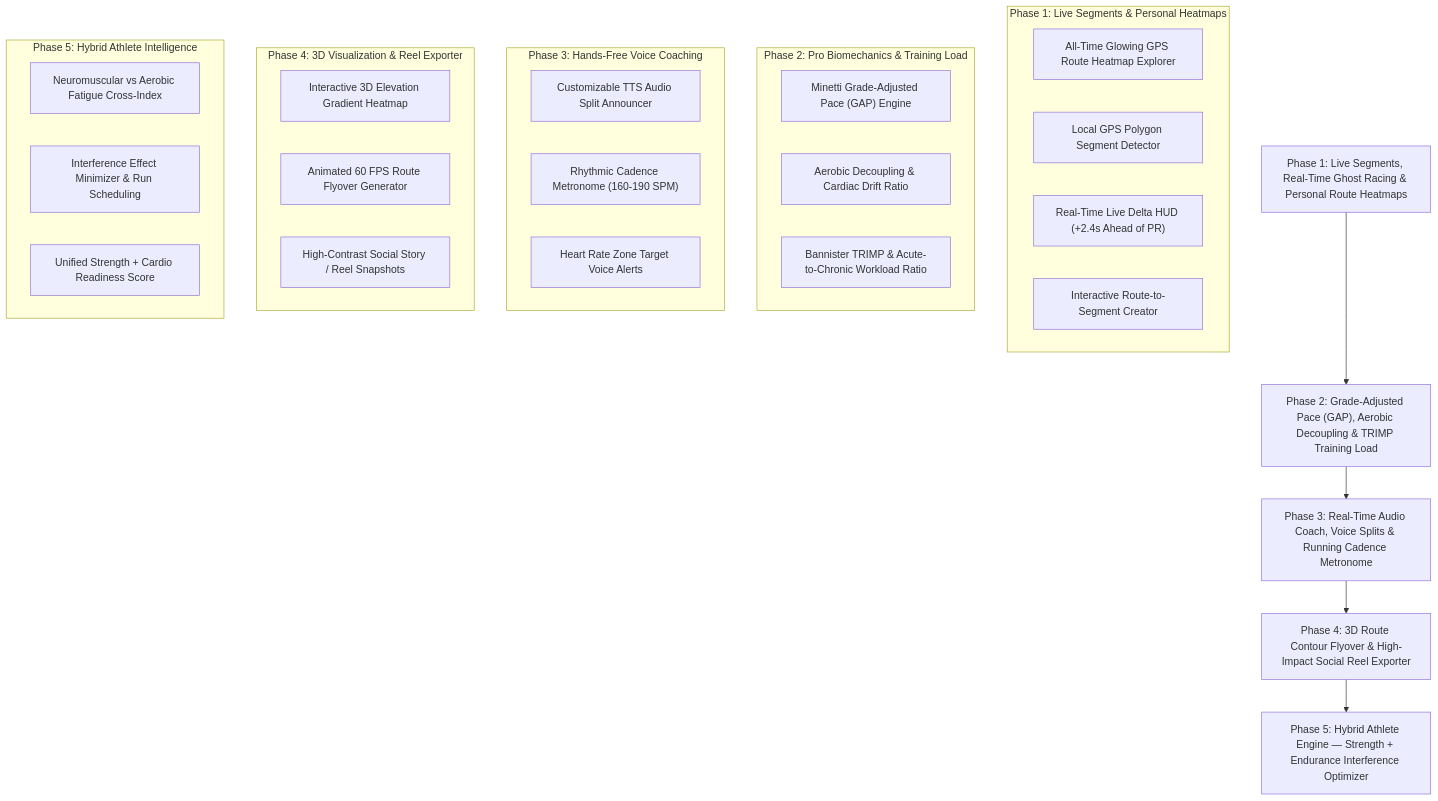
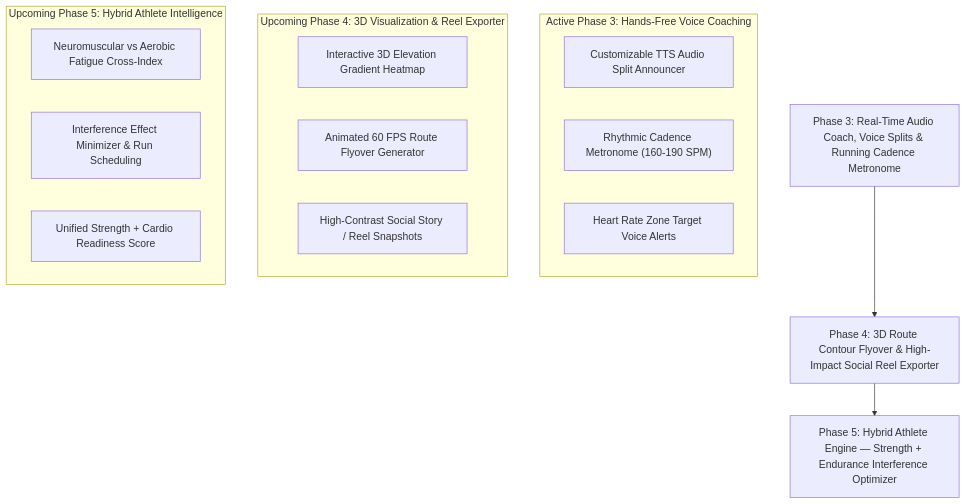
The diagram in frontend-thews/ROADMAP.md (im-arshpandher/Thews-Gym-tracker), drawn with Mermaid before and after one commit. The commit also changed other lines of this file and 29 other files, not shown here.

Commit message:
feat: implement challenge system, loop route generation, and real-time running metrics engine

````diff
--- a/frontend-thews/ROADMAP.md
+++ b/frontend-thews/ROADMAP.md
@@ -7,44 +7,27 @@
 ```mermaid
 graph TD
-    P1["Phase 1: Live Segments, Real-Time Ghost Racing & Personal Route Heatmaps"]
-    P2["Phase 2: Grade-Adjusted Pace (GAP), Aerobic Decoupling & TRIMP Training Load"]
     P3["Phase 3: Real-Time Audio Coach, Voice Splits & Running Cadence Metronome"]
     P4["Phase 4: 3D Route Contour Flyover & High-Impact Social Reel Exporter"]
     P5["Phase 5: Hybrid Athlete Engine — Strength + Endurance Interference Optimizer"]
 
-    P1 --> P2
-    P2 --> P3
     P3 --> P4
     P4 --> P5
 
-    subgraph Phase 1: Live Segments & Personal Heatmaps
-        P1_1["All-Time Glowing GPS Route Heatmap Explorer"]
-        P1_2["Local GPS Polygon Segment Detector"]
-        P1_3["Real-Time Live Delta HUD (+2.4s Ahead of PR)"]
-        P1_4["Interactive Route-to-Segment Creator"]
-    end
-
-    subgraph Phase 2: Pro Biomechanics & Training Load
-        P2_1["Minetti Grade-Adjusted Pace (GAP) Engine"]
-        P2_2["Aerobic Decoupling & Cardiac Drift Ratio"]
-        P2_3["Bannister TRIMP & Acute-to-Chronic Workload Ratio"]
-    end
-
-    subgraph Phase 3: Hands-Free Voice Coaching
+    subgraph Active Phase 3: Hands-Free Voice Coaching
         P3_1["Customizable TTS Audio Split Announcer"]
         P3_2["Rhythmic Cadence Metronome (160-190 SPM)"]
         P3_3["Heart Rate Zone Target Voice Alerts"]
     end
 
-    subgraph Phase 4: 3D Visualization & Reel Exporter
+    subgraph Upcoming Phase 4: 3D Visualization & Reel Exporter
         P4_1["Interactive 3D Elevation Gradient Heatmap"]
         P4_2["Animated 60 FPS Route Flyover Generator"]
         P4_3["High-Contrast Social Story / Reel Snapshots"]
     end
 
-    subgraph Phase 5: Hybrid Athlete Intelligence
+    subgraph Upcoming Phase 5: Hybrid Athlete Intelligence
         P5_1["Neuromuscular vs Aerobic Fatigue Cross-Index"]
         P5_2["Interference Effect Minimizer & Run Scheduling"]
         P5_3["Unified Strength + Cardio Readiness Score"]
     end
 ```
````
